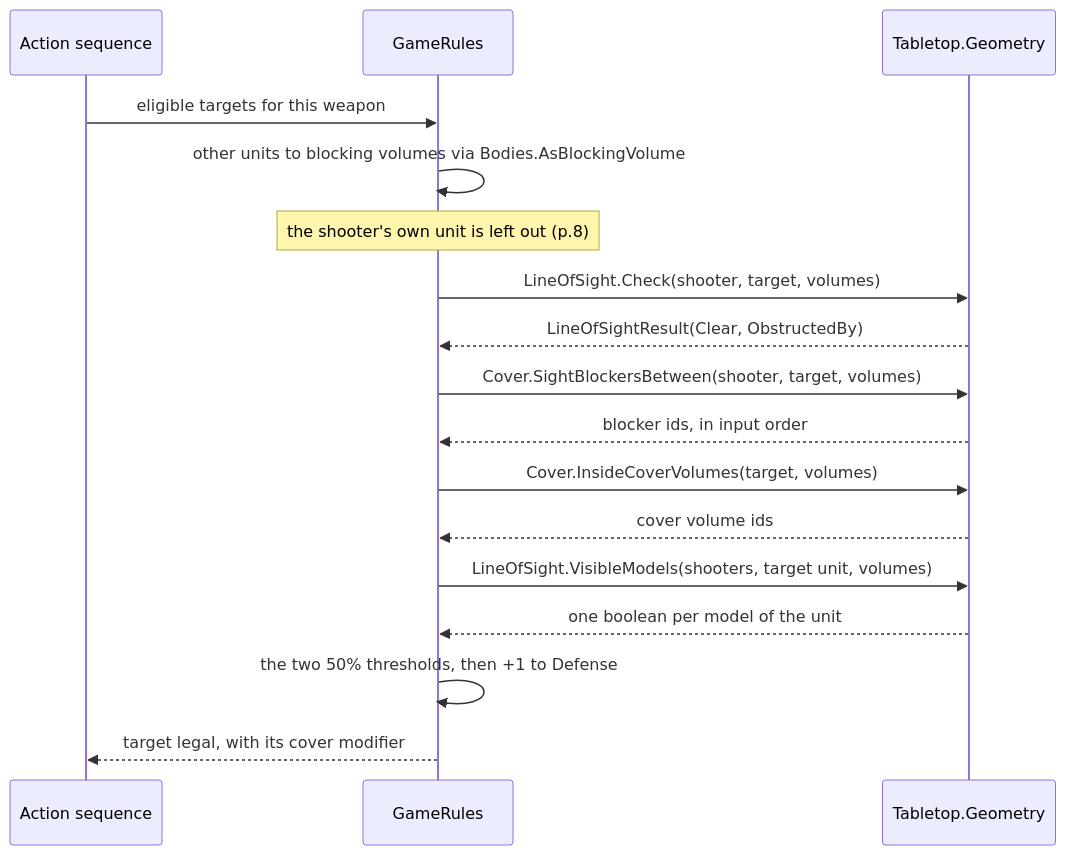
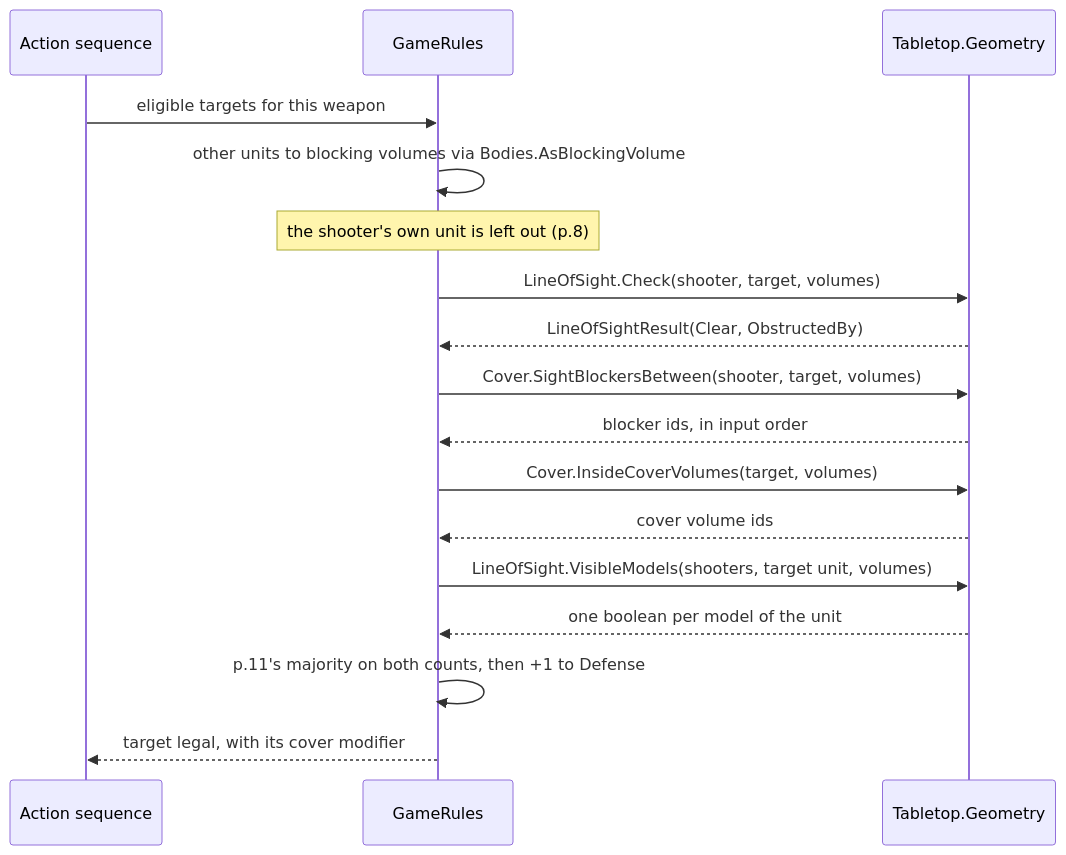
Before and after one commit to cstupi/tabletop: the ninth of 12 diagrams in docs/design/geometry/design.md, drawn with Mermaid. The commit also changed other lines of this file and 30 other files, not shown here.

````diff
--- a/docs/design/geometry/design.md
+++ b/docs/design/geometry/design.md
@@ -897,19 +905,19 @@
 ```mermaid
 sequenceDiagram
     participant Seq as Action sequence
     participant GR as GameRules
     participant Geo as Tabletop.Geometry
     Seq->>GR: eligible targets for this weapon
     GR->>GR: other units to blocking volumes via Bodies.AsBlockingVolume
     Note over GR: the shooter's own unit is left out (p.8)
     GR->>Geo: LineOfSight.Check(shooter, target, volumes)
     Geo-->>GR: LineOfSightResult(Clear, ObstructedBy)
     GR->>Geo: Cover.SightBlockersBetween(shooter, target, volumes)
     Geo-->>GR: blocker ids, in input order
     GR->>Geo: Cover.InsideCoverVolumes(target, volumes)
     Geo-->>GR: cover volume ids
     GR->>Geo: LineOfSight.VisibleModels(shooters, target unit, volumes)
     Geo-->>GR: one boolean per model of the unit
-    GR->>GR: the two 50% thresholds, then +1 to Defense
+    GR->>GR: p.11's majority on both counts, then +1 to Defense
     GR-->>Seq: target legal, with its cover modifier
 ```
````
